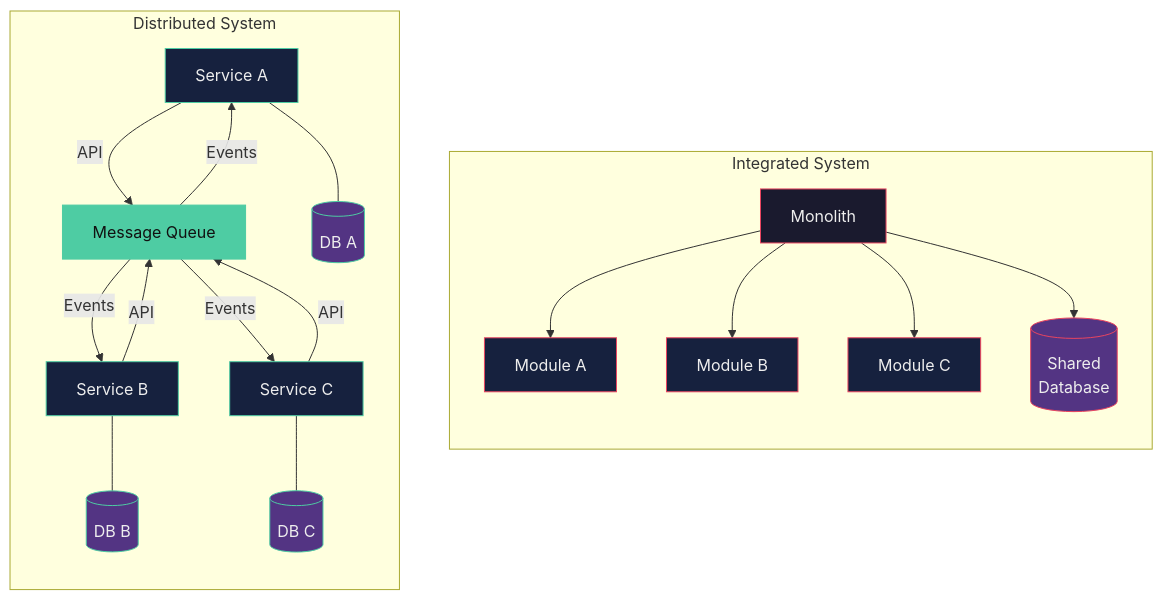
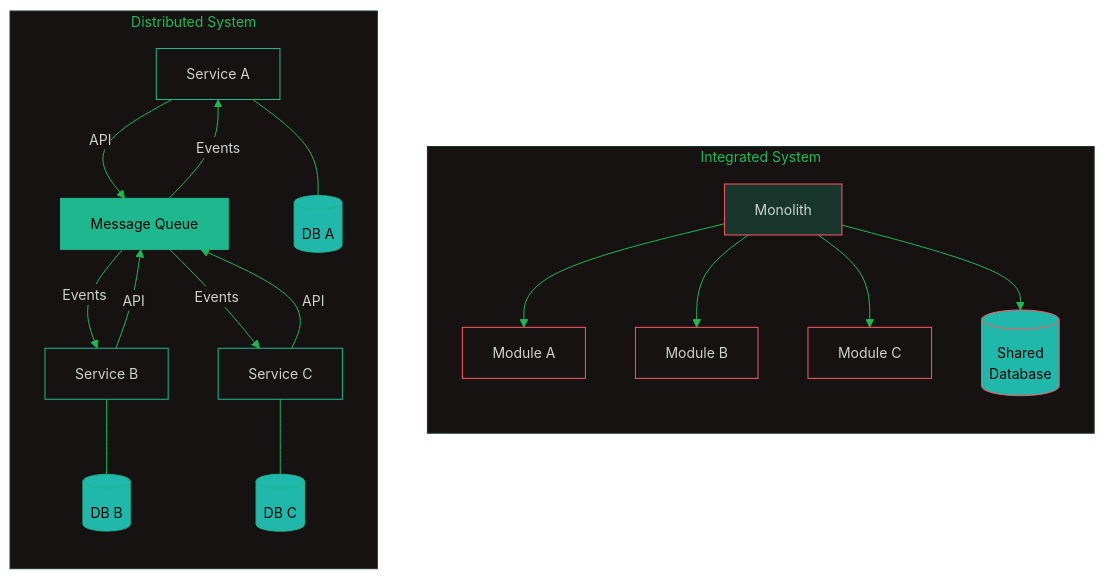
One commit to oat431/swe-knowledge changed the sixth of 9 diagrams in computing-foundation-note/Fundamental/00 Basic Concepts of a System.md. Above: the diagram before and after it, drawn with Mermaid. The commit also changed other lines of this file and 139 other files, not shown here.

````diff
--- a/computing-foundation-note/Fundamental/00 Basic Concepts of a System.md
+++ b/computing-foundation-note/Fundamental/00 Basic Concepts of a System.md
@@ -489,36 +499,37 @@
 ```mermaid
+%%{init: {'theme':'base','themeVariables':{'primaryColor':'#19362D','primaryTextColor':'#CDD3D1','primaryBorderColor':'#1FB854','lineColor':'#1FB854','secondaryColor':'#161212','tertiaryColor':'#1B1717','background':'#1B1717','mainBkg':'#19362D','nodeBorder':'#1FB854','clusterBkg':'#161212','clusterBorder':'#19362D','titleColor':'#1FB854','edgeLabelBackground':'#161212','fontSize':'14px'}}}%%
 flowchart TB
     subgraph "Integrated System"
         direction TB
         M["Monolith"]
         M --> MA["Module A"]
         M --> MB["Module B"]
         M --> MC["Module C"]
         M --> MDB[("Shared\nDatabase")]
     end
     subgraph "Distributed System"
         direction TB
         DA["Service A"] -->|"API"| MQ["Message Queue"]
         DB["Service B"] -->|"API"| MQ
         DC["Service C"] -->|"API"| MQ
         MQ -->|"Events"| DA
         MQ -->|"Events"| DB
         MQ -->|"Events"| DC
         DA --- DA_DB[("DB A")]
         DB --- DB_DB[("DB B")]
         DC --- DC_DB[("DB C")]
     end
     
-    style M fill:#1a1a2e,stroke:#e94560,color:#eee
-    style MA fill:#16213e,stroke:#e94560,color:#eee
-    style MB fill:#16213e,stroke:#e94560,color:#eee
-    style MC fill:#16213e,stroke:#e94560,color:#eee
-    style MDB fill:#533483,stroke:#e94560,color:#eee
-    style DA fill:#16213e,stroke:#4ecca3,color:#eee
-    style DB fill:#16213e,stroke:#4ecca3,color:#eee
-    style DC fill:#16213e,stroke:#4ecca3,color:#eee
-    style MQ fill:#4ecca3,stroke:#4ecca3,color:#111
-    style DA_DB fill:#533483,stroke:#4ecca3,color:#eee
-    style DB_DB fill:#533483,stroke:#4ecca3,color:#eee
-    style DC_DB fill:#533483,stroke:#4ecca3,color:#eee
+    style M fill:#19362D,stroke:#FF5861,color:#CDD3D1
+    style MA fill:#161212,stroke:#FF5861,color:#CDD3D1
+    style MB fill:#161212,stroke:#FF5861,color:#CDD3D1
+    style MC fill:#161212,stroke:#FF5861,color:#CDD3D1
+    style MDB fill:#1FB8AB,stroke:#FF5861,color:#000000
+    style DA fill:#161212,stroke:#1EB88E,color:#CDD3D1
+    style DB fill:#161212,stroke:#1EB88E,color:#CDD3D1
+    style DC fill:#161212,stroke:#1EB88E,color:#CDD3D1
+    style MQ fill:#1EB88E,stroke:#1EB88E,color:#000000
+    style DA_DB fill:#1FB8AB,stroke:#1EB88E,color:#000000
+    style DB_DB fill:#1FB8AB,stroke:#1EB88E,color:#000000
+    style DC_DB fill:#1FB8AB,stroke:#1EB88E,color:#000000
 ```
````
